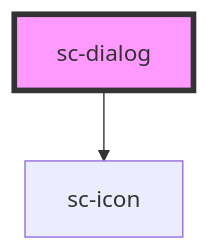
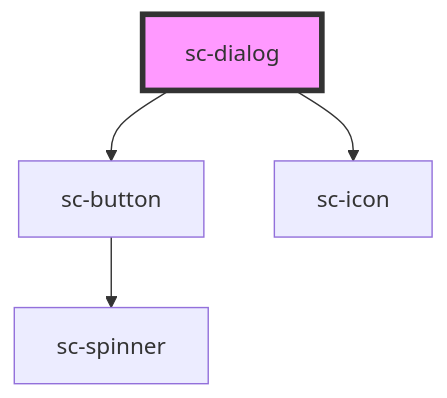
One commit to surecart/surecart-wp-plugin changed the diagram in packages/components/src/components/ui/sc-dialog/readme.md. Above: the diagram before and after it, drawn with Mermaid. The commit also changed other lines of this file and 20 other files, not shown here.

````diff
--- a/packages/components/src/components/ui/sc-dialog/readme.md
+++ b/packages/components/src/components/ui/sc-dialog/readme.md
@@ -50,5 +51,7 @@
 ```mermaid
 graph TD;
+  sc-dialog --> sc-button
   sc-dialog --> sc-icon
+  sc-button --> sc-spinner
   style sc-dialog fill:#f9f,stroke:#333,stroke-width:4px
 ```
````
